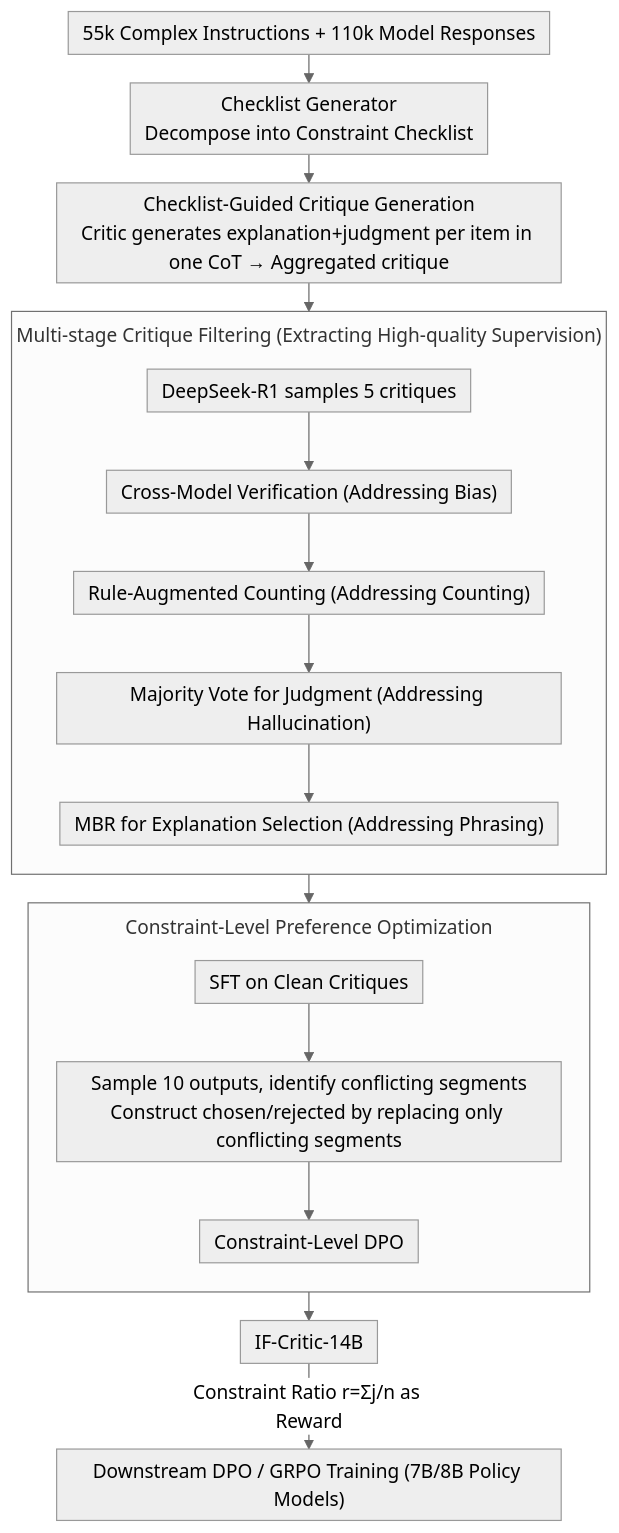
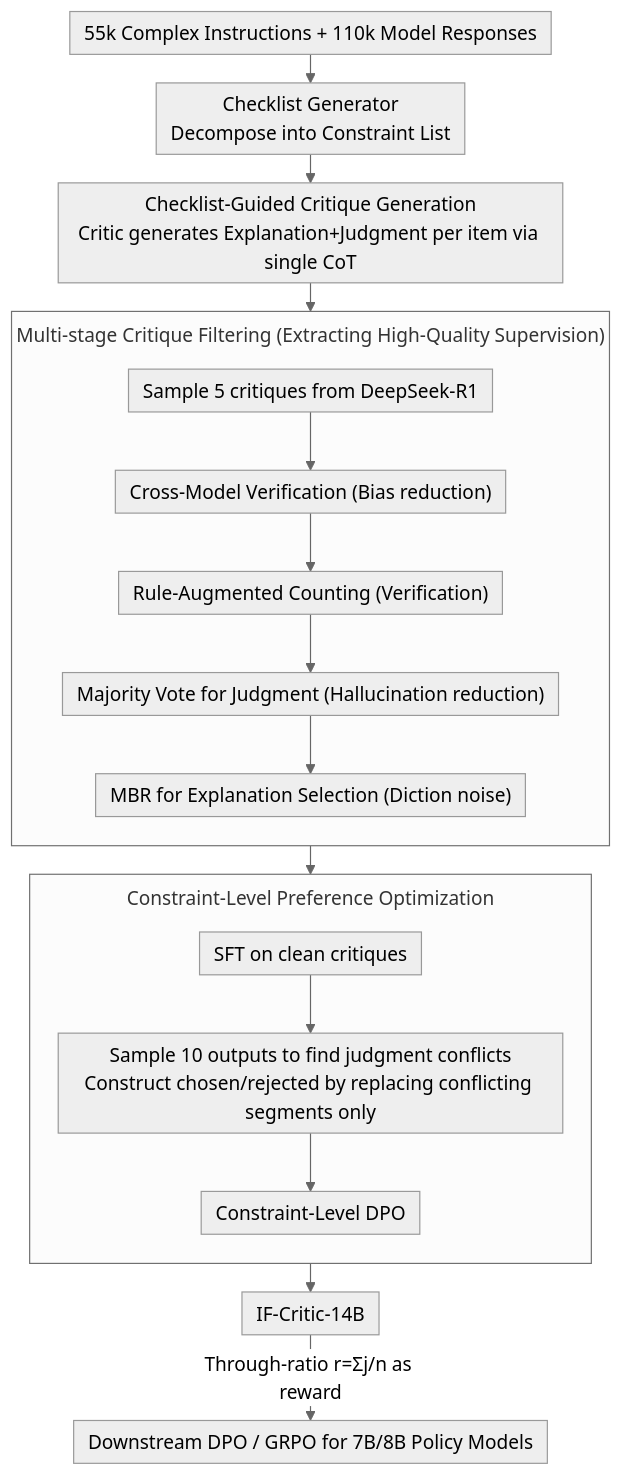
Before and after one commit to zhaoyang97/Paper-Notes-en: the diagram in docs/ACL2026/llm_evaluation/if-critic_towards_a_fine-grained_llm_critic_for_instruction-following_evaluation.md, drawn with Mermaid (neutral theme). The commit also changed other lines of this file and 5084 other files, not shown here.

````diff
--- a/docs/ACL2026/llm_evaluation/if-critic_towards_a_fine-grained_llm_critic_for_instruction-following_evaluation.md
+++ b/docs/ACL2026/llm_evaluation/if-critic_towards_a_fine-grained_llm_critic_for_instruction-following_evaluation.md
@@ -44,22 +44,22 @@
 ```mermaid
 %%{init: {'flowchart': {'rankSpacing': 24, 'nodeSpacing': 28, 'padding': 6, 'wrappingWidth': 400, 'subGraphTitleMargin': {'top': 8, 'bottom': 16}}}}%%
 flowchart TD
-    A["55k Complex Instructions + 110k Model Responses"] --> B["Checklist Generator<br/>Decompose into Constraint Checklist"]
-    B --> C["Checklist-Guided Critique Generation<br/>Critic generates explanation+judgment per item in one CoT → Aggregated critique"]
+    A["55k Complex Instructions + 110k Model Responses"] --> B["Checklist Generator<br/>Decompose into Constraint List"]
+    B --> C["Checklist-Guided Critique Generation<br/>Critic generates Explanation+Judgment per item via single CoT"]
     C --> D
-    subgraph D["Multi-stage Critique Filtering (Extracting High-quality Supervision)"]
+    subgraph D["Multi-stage Critique Filtering (Extracting High-Quality Supervision)"]
         direction TB
-        D1["DeepSeek-R1 samples 5 critiques"] --> D2["Cross-Model Verification (Addressing Bias)"]
-        D2 --> D3["Rule-Augmented Counting (Addressing Counting)"]
-        D3 --> D4["Majority Vote for Judgment (Addressing Hallucination)"]
-        D4 --> D5["MBR for Explanation Selection (Addressing Phrasing)"]
+        D1["Sample 5 critiques from DeepSeek-R1"] --> D2["Cross-Model Verification (Bias reduction)"]
+        D2 --> D3["Rule-Augmented Counting (Verification)"]
+        D3 --> D4["Majority Vote for Judgment (Hallucination reduction)"]
+        D4 --> D5["MBR for Explanation Selection (Diction noise)"]
     end
     D --> E
     subgraph E["Constraint-Level Preference Optimization"]
         direction TB
-        E1["SFT on Clean Critiques"] --> E2["Sample 10 outputs, identify conflicting segments<br/>Construct chosen/rejected by replacing only conflicting segments"]
+        E1["SFT on clean critiques"] --> E2["Sample 10 outputs to find judgment conflicts<br/>Construct chosen/rejected by replacing conflicting segments only"]
         E2 --> E3["Constraint-Level DPO"]
     end
     E --> F["IF-Critic-14B"]
-    F -->|"Constraint Ratio r=Σj/n as Reward"| G["Downstream DPO / GRPO Training (7B/8B Policy Models)"]
+    F -->|"Through-ratio r=Σj/n as reward"| G["Downstream DPO / GRPO for 7B/8B Policy Models"]
 ```
````
